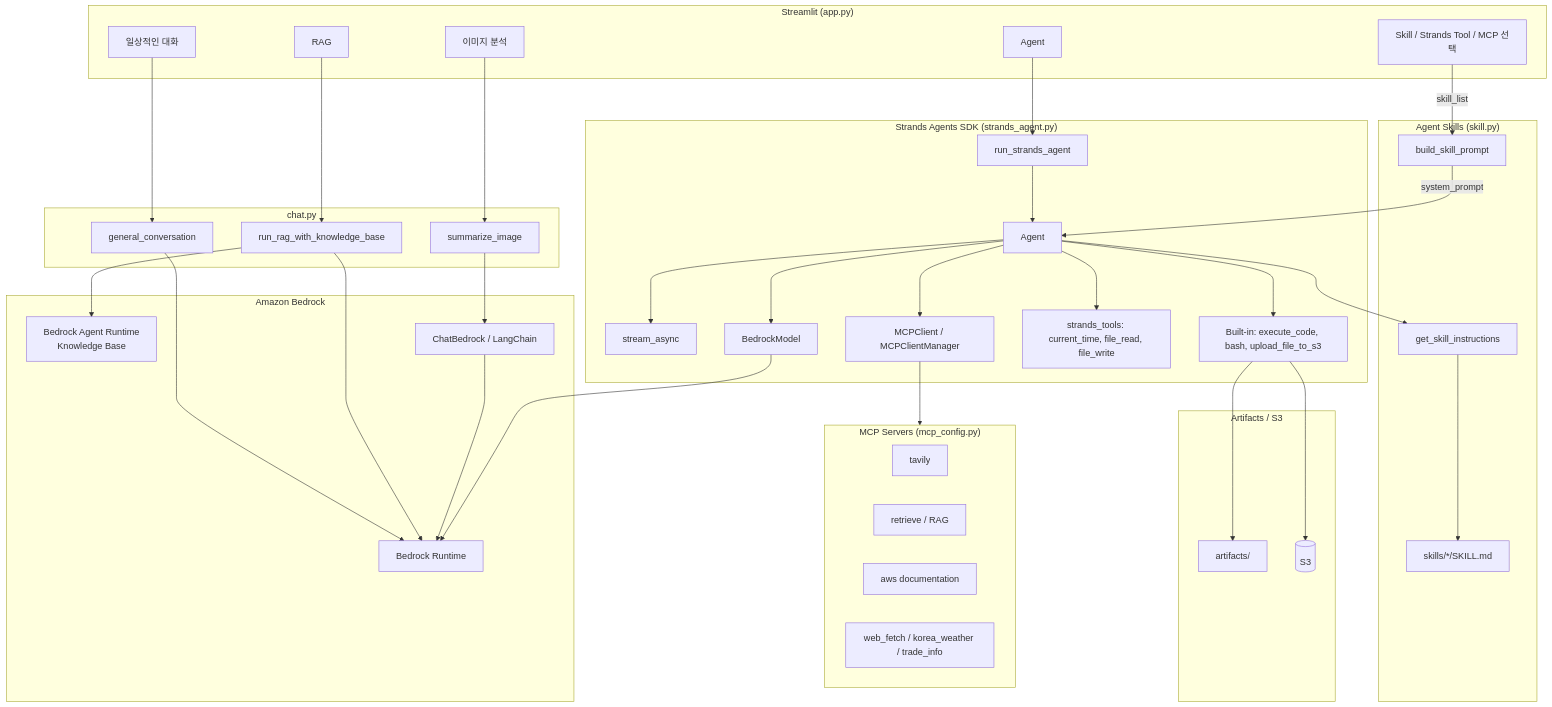
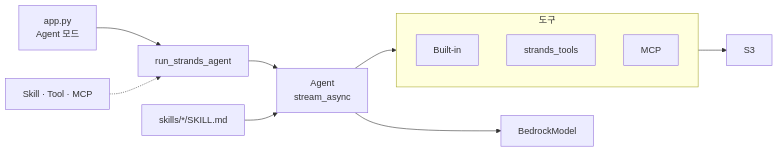
One commit to kyopark2014/sam-project changed the diagram in README.md. Above: the diagram before and after it, drawn with Mermaid. The commit also changed other lines of this file, not shown here.

````diff
--- a/README.md
+++ b/README.md
@@ -27,76 +27,19 @@
 ```mermaid
-flowchart TB
-  subgraph UI["Streamlit (app.py)"]
-    M1[일상적인 대화]
-    M2[RAG]
-    M3[Agent]
-    M4[이미지 분석]
-    SKUI[Skill / Strands Tool / MCP 선택]
+flowchart LR
+  UI["app.py<br/>Agent 모드"] --> RSA["run_strands_agent"]
+  SK["Skill · Tool · MCP"] -.-> RSA
+
+  RSA --> A["Agent<br/>stream_async"]
+  A --> BR["BedrockModel"]
+  A --> Tools
+
+  subgraph Tools["도구"]
+    direction TB
+    B["Built-in"]
+    S["strands_tools"]
+    M["MCP"]
   end
 
-  subgraph Chat["chat.py"]
-    GC[general_conversation]
-    RAG[run_rag_with_knowledge_base]
-    IMG[summarize_image]
-  end
-
-  subgraph LLM["Amazon Bedrock"]
-    BR[Bedrock Runtime]
-    BKB[Bedrock Agent Runtime<br/>Knowledge Base]
-    LC[ChatBedrock / LangChain]
-  end
-
-  subgraph Skills["Agent Skills (skill.py)"]
-    SRC["skills/*/SKILL.md"]
-    BSP[build_skill_prompt]
-    GSI[get_skill_instructions]
-  end
-
-  subgraph StrandsStack["Strands Agents SDK (strands_agent.py)"]
-    RSA[run_strands_agent]
-    A[Agent]
-    SA[stream_async]
-    BM[BedrockModel]
-    BT["Built-in: execute_code, bash, upload_file_to_s3"]
-    ST["strands_tools: current_time, file_read, file_write"]
-    MCP[MCPClient / MCPClientManager]
-  end
-
-  subgraph MCPServers["MCP Servers (mcp_config.py)"]
-    T[tavily]
-    R[retrieve / RAG]
-    AWS[aws documentation]
-    WF[web_fetch / korea_weather / trade_info]
-  end
-
-  subgraph Storage["Artifacts / S3"]
-    ART[artifacts/]
-    S3[(S3)]
-  end
-
-  M1 --> GC
-  M2 --> RAG
-  M4 --> IMG
-  M3 --> RSA
-  SKUI -->|skill_list| BSP
-
-  GC --> BR
-  RAG --> BKB
-  RAG --> BR
-  IMG --> LC
-  LC --> BR
-
-  RSA --> A
-  A --> SA
-  A --> BM
-  BM --> BR
-  A --> BT
-  A --> ST
-  A --> MCP
-  A --> GSI
-  BSP -->|system_prompt| A
-  GSI --> SRC
-  MCP --> MCPServers
-  BT --> ART
-  BT --> S3
+  skill["skills/*/SKILL.md"] --> A
+  B --> S3["S3"]
 ```
````
